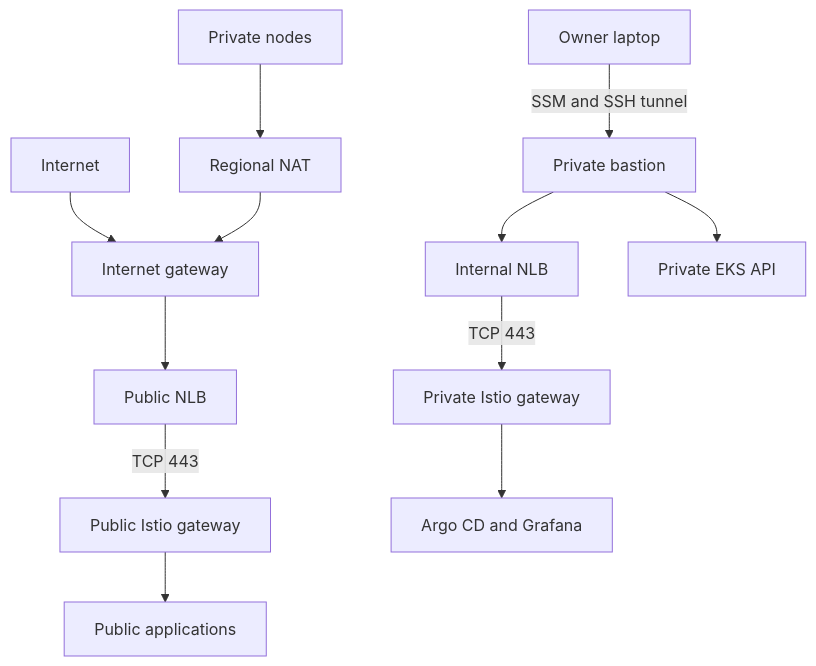
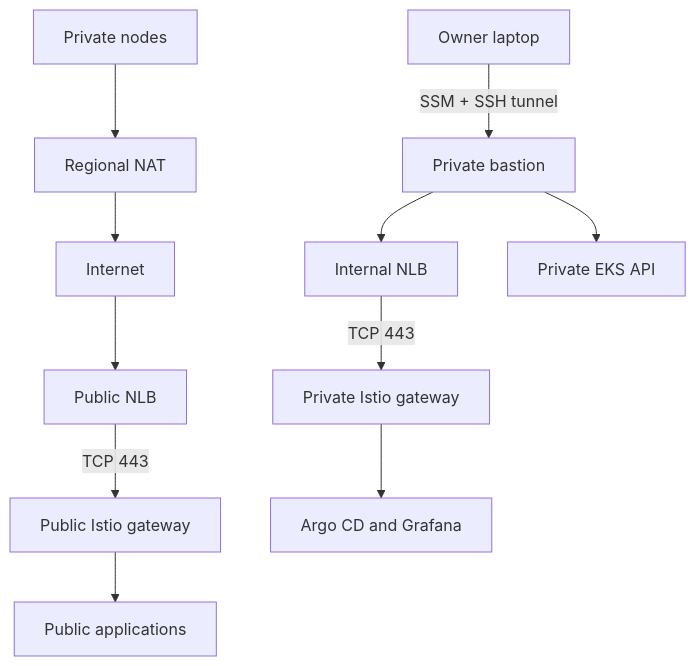
The first of 3 diagrams in ARCHITECTURE.md (mgajewskik/aws-eks-platform), drawn with Mermaid before and after one commit. The commit also changed other lines of this file and 13 other files, not shown here.

First line of the commit message:
docs: present the repository as a reusable reference architecture

````diff
--- a/ARCHITECTURE.md
+++ b/ARCHITECTURE.md
@@ -64,14 +45,12 @@
 ```mermaid
 flowchart TD
-    Internet[Internet] --> IGW[Internet gateway]
-    IGW --> PublicNLB[Public NLB]
+    Internet[Internet] --> PublicNLB[Public NLB]
     PublicNLB -->|TCP 443| PublicGateway[Public Istio gateway]
     PublicGateway --> Apps[Public applications]
-    Laptop[Owner laptop] -->|SSM and SSH tunnel| Bastion[Private bastion]
+    Laptop[Owner laptop] -->|SSM + SSH tunnel| Bastion[Private bastion]
     Bastion --> InternalNLB[Internal NLB]
     InternalNLB -->|TCP 443| PrivateGateway[Private Istio gateway]
     PrivateGateway --> Ops[Argo CD and Grafana]
     Bastion --> API[Private EKS API]
-    Nodes[Private nodes] --> NAT[Regional NAT]
-    NAT --> IGW
+    Nodes[Private nodes] --> NAT[Regional NAT] --> Internet
 ```
````
